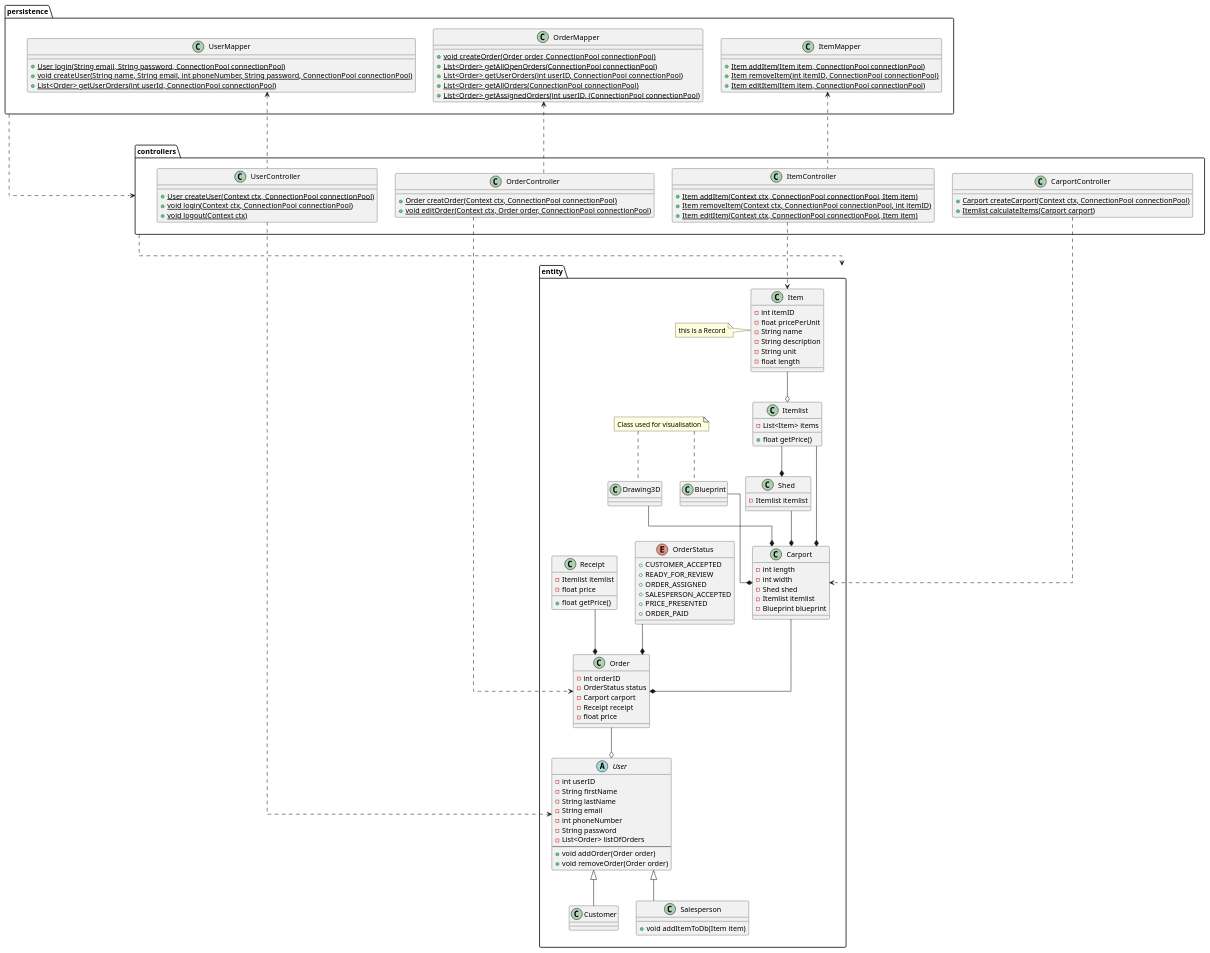
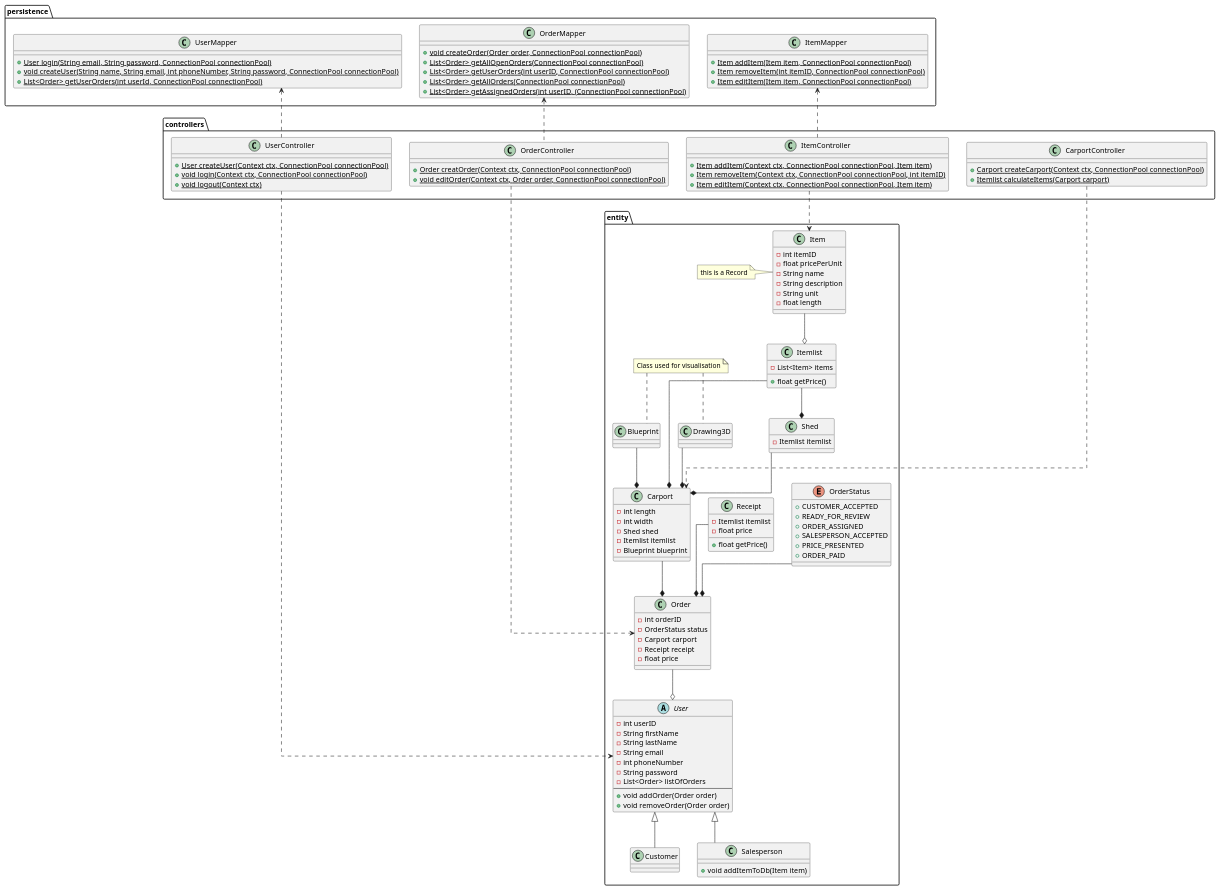
One commit to Laumh-exe/2SemEksamenOpgave changed the diagram in doc/Analyse/PlantUML/KlasseDiagram.puml. Above: the diagram before and after it, drawn with PlantUML. The commit also changed 1 other file, not shown here.

Commit message:
Aktivitetsdiagram har tiløjet pile. CarportSelector.html

```diff
--- a/doc/Analyse/PlantUML/KlasseDiagram.puml
+++ b/doc/Analyse/PlantUML/KlasseDiagram.puml
@@ -1,164 +1,161 @@
 @startuml
 'https://plantuml.com/class-diagram
 
 skinparam linetype ortho
 package "entity" {
     abstract User{
         - int userID
         - String firstName
         - String lastName
         - String email
         - int phoneNumber
         - String password
         - List<Order> listOfOrders
         --
         + void addOrder(Order order)
         + void removeOrder(Order order)
     }
 
     class Customer extends User {
     }
 
     class Salesperson extends User {
         + void addItemToDb(Item item)
     }
 
     Enum OrderStatus {
         + CUSTOMER_ACCEPTED
         + READY_FOR_REVIEW
         + ORDER_ASSIGNED
         + SALESPERSON_ACCEPTED
         + PRICE_PRESENTED
         + ORDER_PAID
     }
 
     class Order {
         - int orderID
         - OrderStatus status
         - Carport carport
         - Receipt receipt
         - float price
     }
     class Receipt {
         - Itemlist itemlist
         - float price
         + float getPrice()
     }
     /'class Receipt'/
     class Carport {
         - int length
         - int width
         - Shed shed
         - Itemlist itemlist
         - Blueprint blueprint
     }
 
     class Blueprint {
     }
 
     note "Class used for visualisation" as n1
 
     class Drawing3D{
     }
     n1 .. Drawing3D
     n1 .. Blueprint
 
     class Itemlist{
         - List<Item> items
         + float getPrice()
     }
 
     class Item {
         - int itemID
         - float pricePerUnit
         - String name
         - String description
         - String unit
         - float length
     }
     note left: this is a Record
 
     class Shed {
         - Itemlist itemlist
     }
 }
 
 package "controllers" {
 
     class UserController {
         + {static} User createUser(Context ctx, ConnectionPool connectionPool)
         + {static} void login(Context ctx, ConnectionPool connectionPool)
         + {static} void logout(Context ctx)
     }
 
     class OrderController {
         + {static} Order creatOrder(Context ctx, ConnectionPool connectionPool)
         + {static} void editOrder(Context ctx, Order order, ConnectionPool connectionPool)
     }
 
     class CarportController {
         + {static} Carport createCarport(Context ctx, ConnectionPool connectionPool)
         + {static} Itemlist calculateItems(Carport carport)
     }
 
     class ItemController {
         + {static} Item addItem(Context ctx, ConnectionPool connectionPool, Item item)
         + {static} Item removeItem(Context ctx, ConnectionPool connectionPool, int itemID)
         + {static} Item editItem(Context ctx, ConnectionPool connectionPool, Item item)
     }
 }
 
 package "persistence" {
     class UserMapper {
         + {static} User login(String email, String password, ConnectionPool connectionPool)
         + {static} void createUser(String name, String email, int phoneNumber, String password, ConnectionPool connectionPool)
         + {static} List<Order> getUserOrders(int userId, ConnectionPool connectionPool)
     }
 
     class OrderMapper {
         + {static} void createOrder(Order order, ConnectionPool connectionPool)
         + {static} List<Order> getAllOpenOrders(ConnectionPool connectionPool)
         + {static} List<Order> getUserOrders(int userID, ConnectionPool connectionPool)
         + {static} List<Order> getAllOrders(ConnectionPool connectionPool)
         + {static} List<Order> getAssignedOrders(int userID, (ConnectionPool connectionPool)
     }
 
     class ItemMapper {
         + {static} Item addItem(Item item, ConnectionPool connectionPool)
         + {static} Item removeItem(int itemID, ConnectionPool connectionPool)
         + {static} Item editItem(Item item, ConnectionPool connectionPool)
     }
 }
 
 /'Relations'/
 /'entities'/
 
 Order --o User
 OrderStatus --* Order
 Carport --* Order
 Shed --* Carport
 Itemlist --* Shed
 Itemlist --* Carport
 Item --o Itemlist
 Receipt --* Order
 Blueprint --* Carport
 Drawing3D --* Carport
 
 /'controllers'/
 
 UserController ..> User
 OrderController ..> Order
 CarportController ..> Carport
 ItemController ..> Item
-'
-persistence ...> controllers
-controllers ...>  entity
 
 /'persistence'/
 
 UserMapper <.. UserController
 OrderMapper <.. OrderController
 ItemMapper <.. ItemController
 
 
 @enduml
```
